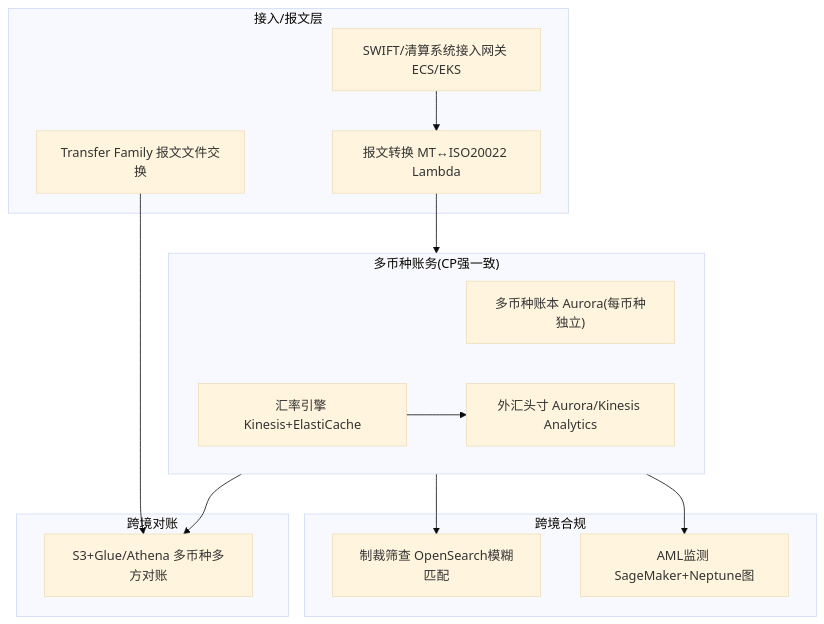
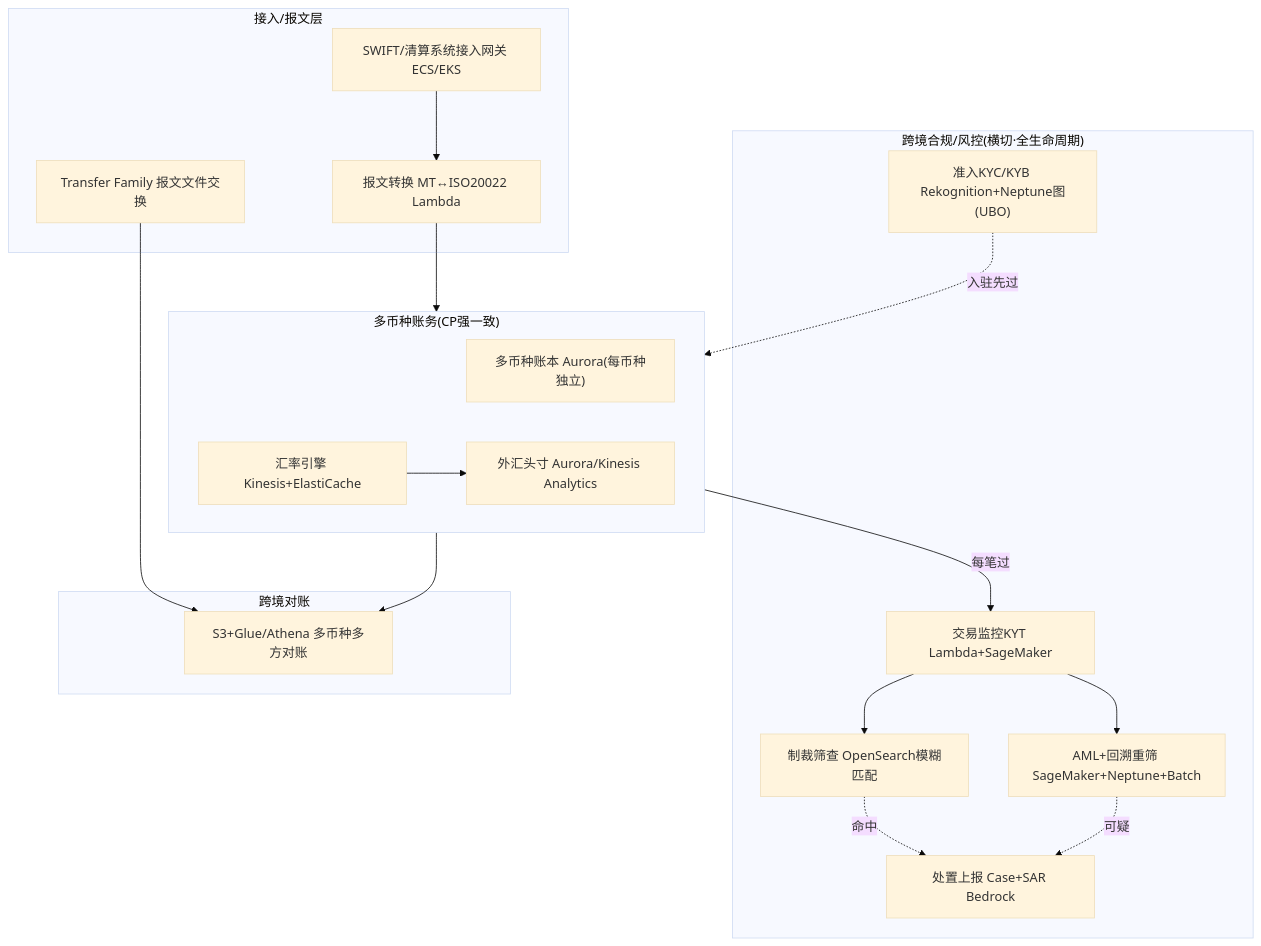
Diagram 16 of 16 in payment/crossborder-payment/03-crossborder-tech-aws.md (loong-ju/tech-research), drawn with Mermaid (base theme) before and after one commit. The commit also changed other lines of this file and 1 other file, not shown here.

````diff
--- a/payment/crossborder-payment/03-crossborder-tech-aws.md
+++ b/payment/crossborder-payment/03-crossborder-tech-aws.md
@@ -415,26 +562,33 @@
 ```mermaid
 flowchart TB
     subgraph EDGE["接入/报文层"]
         SWIFT["SWIFT/清算系统接入网关 ECS/EKS"]
         TF["Transfer Family 报文文件交换"]
         CONV["报文转换 MT↔ISO20022 Lambda"]
     end
     subgraph CORE["多币种账务(CP强一致)"]
         LEDGER["多币种账本 Aurora(每币种独立)"]
         FX["汇率引擎 Kinesis+ElastiCache"]
         POS["外汇头寸 Aurora/Kinesis Analytics"]
     end
-    subgraph COMPLY["跨境合规"]
+    subgraph COMPLY["跨境合规/风控(横切·全生命周期)"]
+        KYC["准入KYC/KYB Rekognition+Neptune图(UBO)"]
+        KYT["交易监控KYT Lambda+SageMaker"]
         SCREEN["制裁筛查 OpenSearch模糊匹配"]
-        AML["AML监测 SageMaker+Neptune图"]
+        AML["AML+回溯重筛 SageMaker+Neptune+Batch"]
+        CASE["处置上报 Case+SAR Bedrock"]
     end
     subgraph RECON["跨境对账"]
         REC["S3+Glue/Athena 多币种多方对账"]
     end
+    KYC -.入驻先过.-> CORE
     SWIFT --> CONV --> CORE
     TF --> REC
-    CORE --> SCREEN
-    CORE --> AML
+    CORE -->|每笔过| KYT
+    KYT --> SCREEN
+    KYT --> AML
+    SCREEN -.命中.-> CASE
+    AML -.可疑.-> CASE
     CORE --> REC
     FX --> POS
 ```
````
